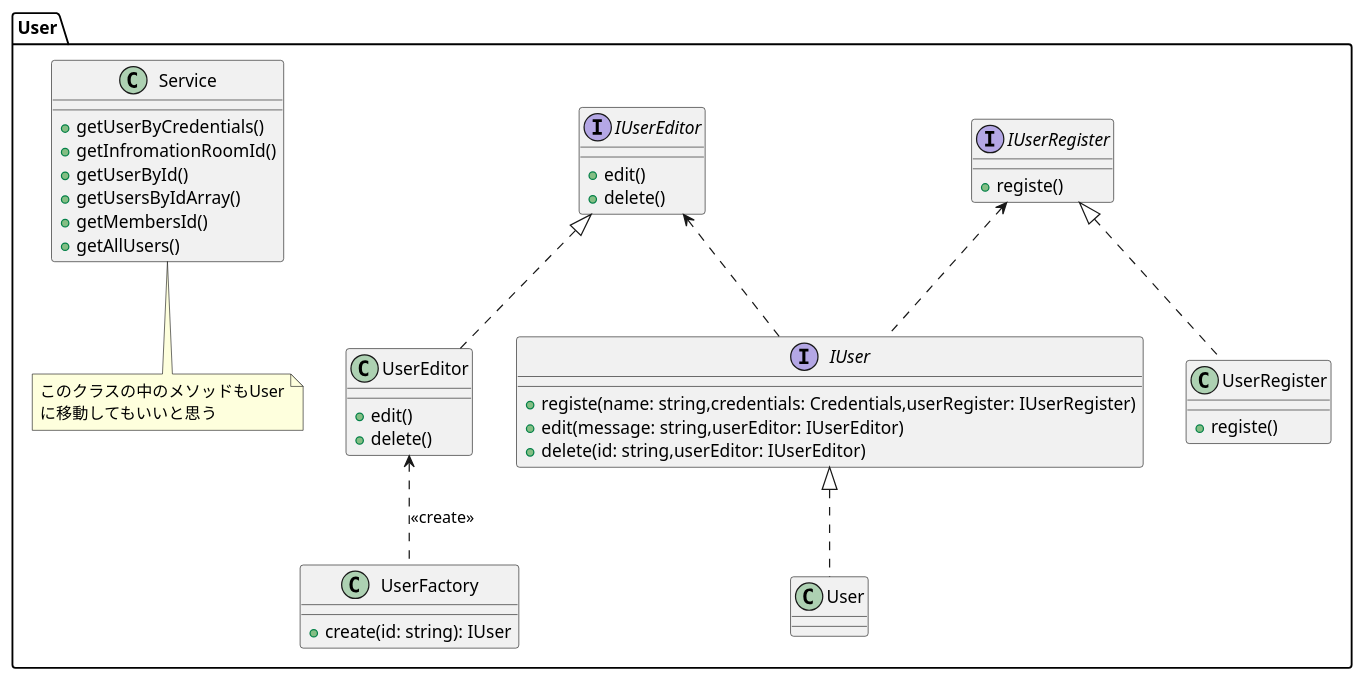
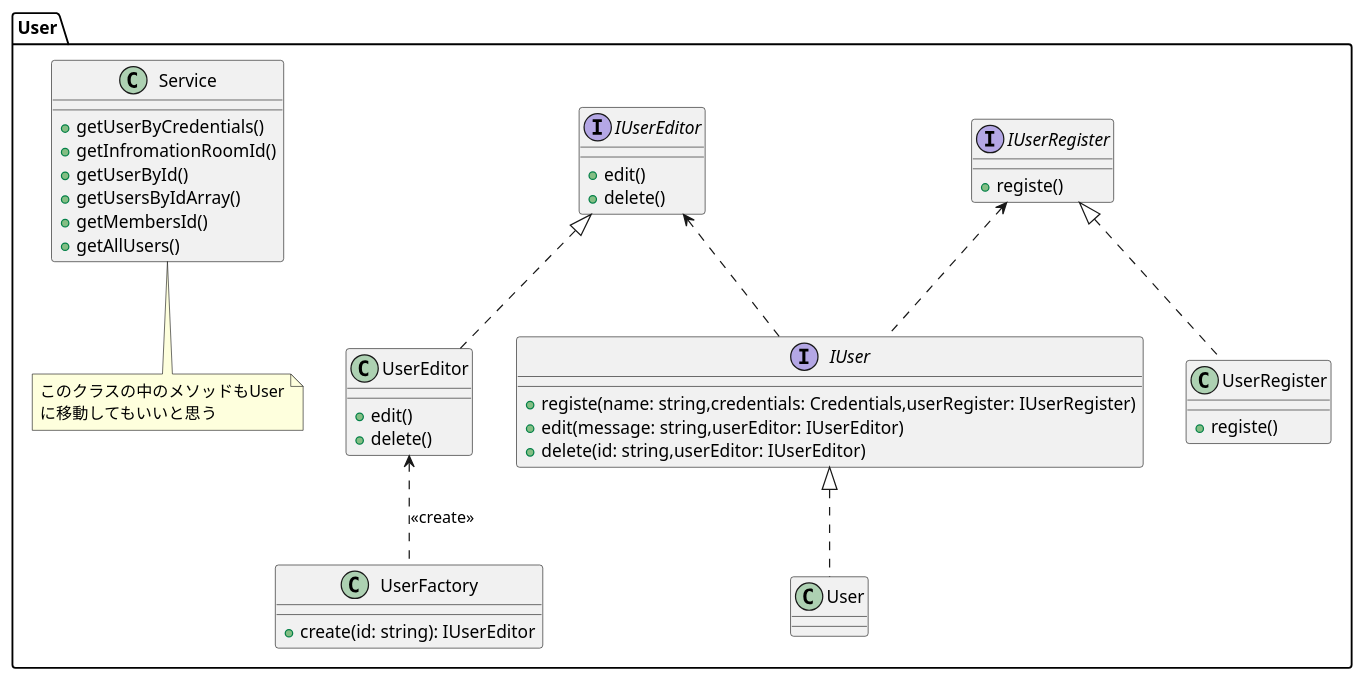
One commit to TOnodera/chatterman changed the diagram in documents/plantUML/クラス図/サーバー/クラス図User.wsd. Above: the diagram before and after it, drawn with PlantUML. The commit also changed 2 other files, not shown here.

```diff
--- a/documents/plantUML/クラス図/サーバー/クラス図User.wsd
+++ b/documents/plantUML/クラス図/サーバー/クラス図User.wsd
@@ -1,57 +1,57 @@
 @startuml
 
 package User{
 
     interface IUser{
         +registe(name: string,credentials: Credentials,userRegister: IUserRegister)
         +edit(message: string,userEditor: IUserEditor)
         +delete(id: string,userEditor: IUserEditor)
     }
 
     interface IUserRegister{
         +registe()
     }
 
     interface IUserEditor{
         +edit()
         +delete()
     }
 
     class UserRegister{
         +registe()
     }
 
     class UserEditor{
         +edit()
         +delete()
     }
 
     class UserFactory{
-        +create(id: string): IUser
+        +create(id: string): IUserEditor
     }
 
     class User
 
     class Service{
         +getUserByCredentials()
         +getInfromationRoomId()
         +getUserById()
         +getUsersByIdArray()
         +getMembersId()
         +getAllUsers()
     } 
     note bottom of Service
     このクラスの中のメソッドもUser
     に移動してもいいと思う
      end note
 
     IUserEditor <|.. UserEditor
     IUserRegister <|.. UserRegister
     IUserRegister <.. IUser
     IUserEditor <.. IUser
     IUser <|.. User
     UserEditor <.. UserFactory: <<create>>
 
 }
 
 @enduml
```
